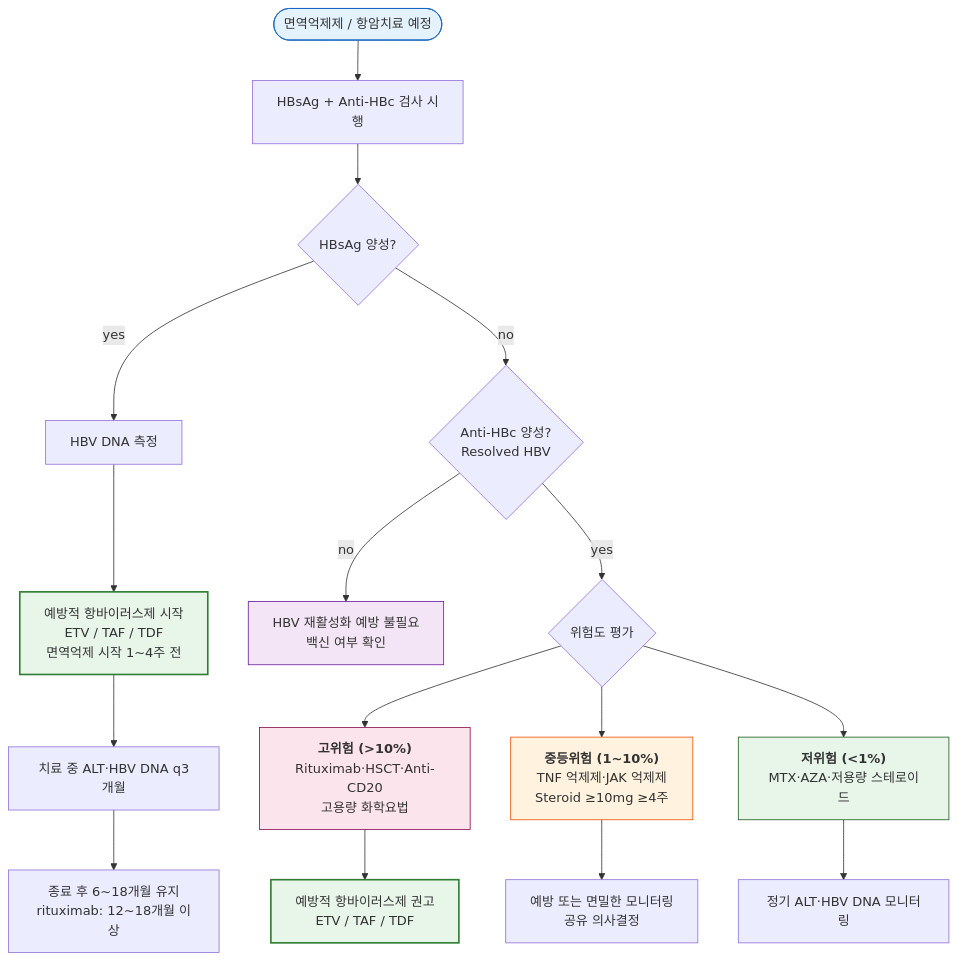
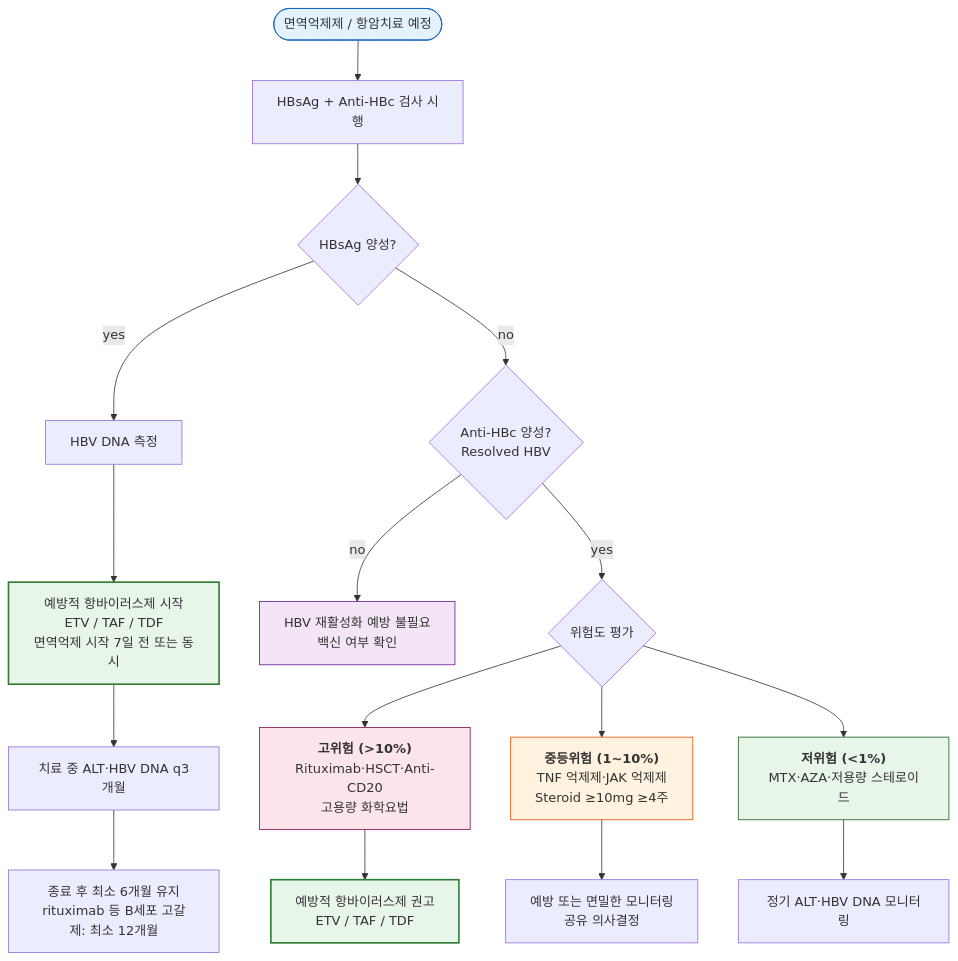
One commit to familyoh77/familyoh77 changed the fourth of 4 diagrams in 224_/091_b-hepatitis-b-viral-infection.md. Above: the diagram before and after it, drawn with Mermaid. The commit also changed other lines of this file, not shown here.

````diff
--- a/224_/091_b-hepatitis-b-viral-infection.md
+++ b/224_/091_b-hepatitis-b-viral-infection.md
@@ -503,31 +503,31 @@
 ```mermaid
 flowchart TD
     Start([면역억제제 / 항암치료 예정]) --> Screen[HBsAg + Anti-HBc 검사 시행]
     Screen --> HBsAg{HBsAg 양성?}
 
     HBsAg -- yes --> DNA[HBV DNA 측정]
-    DNA --> ProA[예방적 항바이러스제 시작\nETV / TAF / TDF\n면역억제 시작 1~4주 전]
+    DNA --> ProA[예방적 항바이러스제 시작\nETV / TAF / TDF\n면역억제 시작 7일 전 또는 동시]
     ProA --> MonA[치료 중 ALT·HBV DNA q3개월]
-    MonA --> EndA[종료 후 6~18개월 유지\nrituximab: 12~18개월 이상]
+    MonA --> EndA[종료 후 최소 6개월 유지\nrituximab 등 B세포 고갈제: 최소 12개월]
 
     HBsAg -- no --> HBcAb{Anti-HBc 양성?\nResolved HBV}
     HBcAb -- no --> Safe[HBV 재활성화 예방 불필요\n백신 여부 확인]
 
     HBcAb -- yes --> Risk{위험도 평가}
 
     Risk --> High["<b>고위험 (&gt;10%)</b>\nRituximab·HSCT·Anti-CD20\n고용량 화학요법"]
     Risk --> Mod["<b>중등위험 (1~10%)</b>\nTNF 억제제·JAK 억제제\nSteroid ≥10mg ≥4주"]
     Risk --> Low["<b>저위험 (&lt;1%)</b>\nMTX·AZA·저용량 스테로이드"]
 
     High --> ProB[예방적 항바이러스제 권고\nETV / TAF / TDF]
     Mod --> MonB[예방 또는 면밀한 모니터링\n공유 의사결정]
     Low --> MonC[정기 ALT·HBV DNA 모니터링]
 
     style Start fill:#e3f2fd,stroke:#1565c0
     style ProA fill:#e8f5e9,stroke:#2e7d32,stroke-width:2px
     style ProB fill:#e8f5e9,stroke:#2e7d32,stroke-width:2px
     style Safe fill:#f3e5f5,stroke:#6a1b9a
     style High fill:#fce4ec,stroke:#880e4f
     style Mod fill:#fff3e0,stroke:#e65100
     style Low fill:#e8f5e9,stroke:#1b5e20
 ```
````
